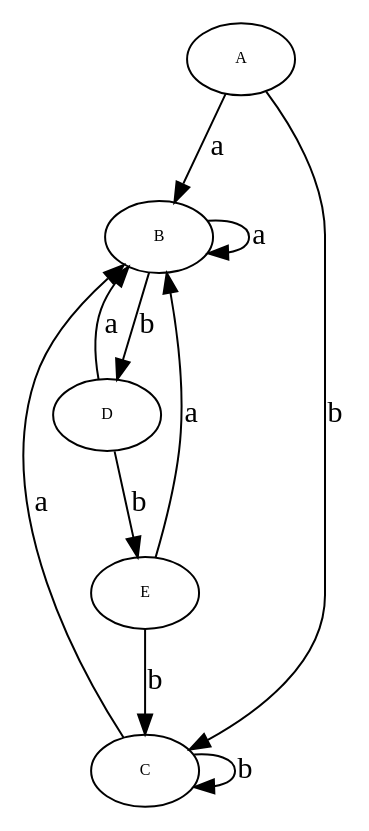
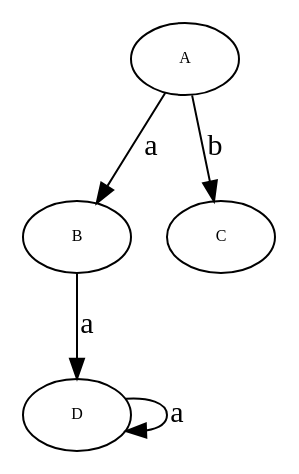
Before and after one commit to GDawg4/P1: the diagram in graph_subset.dot, drawn with Graphviz. The commit also changed 8 other files, not shown here.

```diff
--- a/graph_subset.dot
+++ b/graph_subset.dot
@@ -1,76 +1,41 @@
 digraph RGL__DirectedAdjacencyGraph {
     A [
         fontsize = 8,
         label = A
     ]
 
     B [
         fontsize = 8,
         label = B
     ]
 
     C [
         fontsize = 8,
         label = C
     ]
 
     D [
         fontsize = 8,
         label = D
     ]
 
-    E [
-        fontsize = 8,
-        label = E
-    ]
-
     A -> B [
         fontsize = 15,
         label = a
     ]
 
     A -> C [
         fontsize = 15,
         label = b
     ]
 
-    B -> B [
+    B -> D [
         fontsize = 15,
         label = a
     ]
 
-    B -> D [
-        fontsize = 15,
-        label = b
-    ]
-
-    C -> B [
+    D -> D [
         fontsize = 15,
         label = a
     ]
-
-    C -> C [
-        fontsize = 15,
-        label = b
-    ]
-
-    D -> B [
-        fontsize = 15,
-        label = a
-    ]
-
-    D -> E [
-        fontsize = 15,
-        label = b
-    ]
-
-    E -> B [
-        fontsize = 15,
-        label = a
-    ]
-
-    E -> C [
-        fontsize = 15,
-        label = b
-    ]
 }
```
